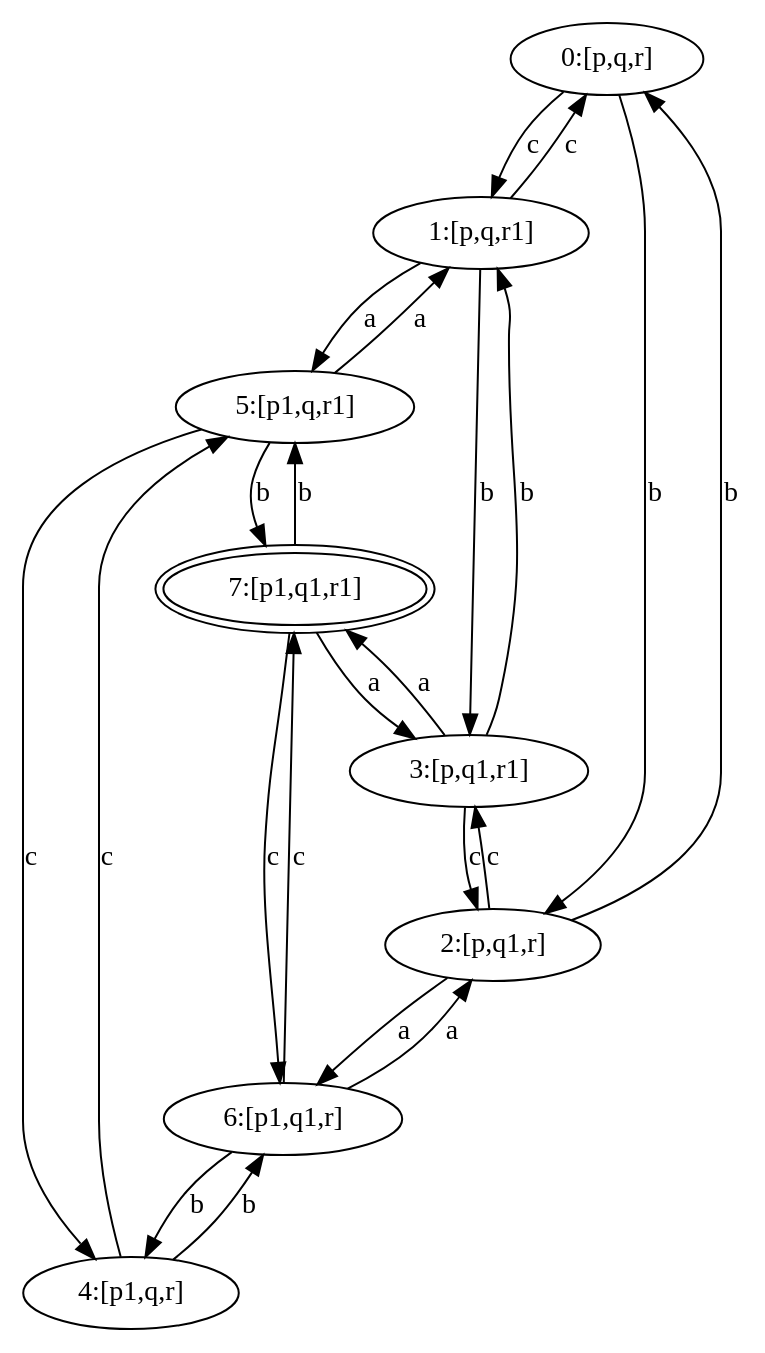
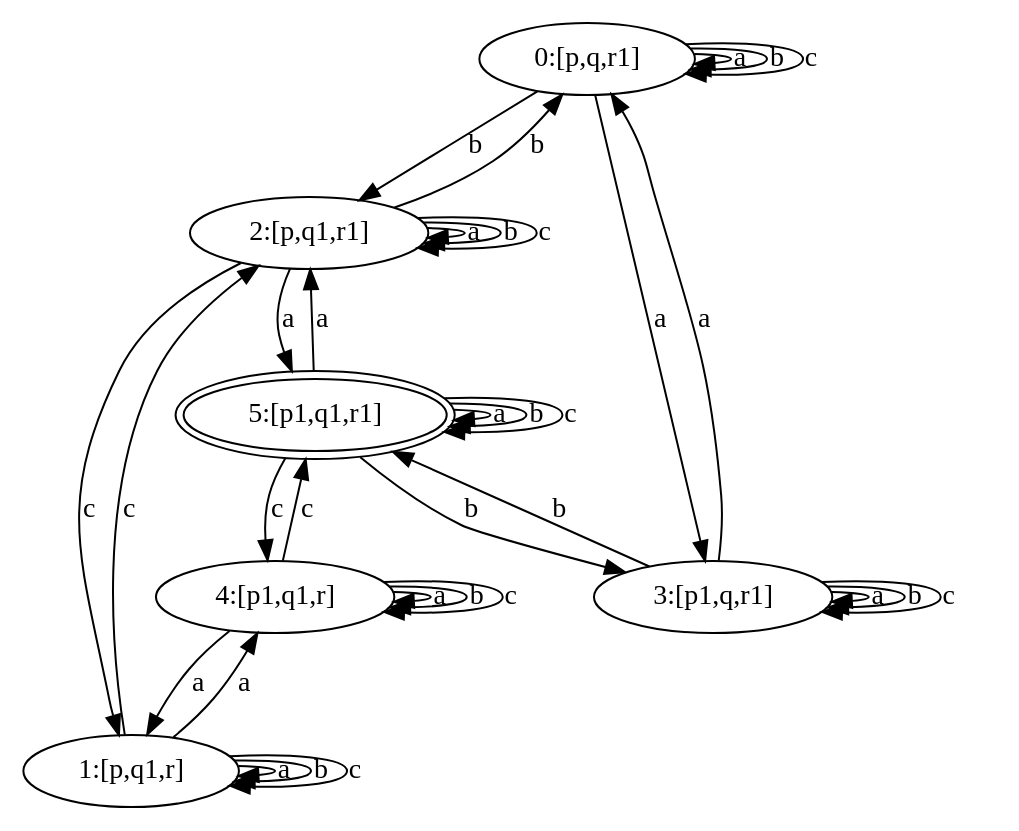
Before and after one commit to pghiraldelli/trabalhoLogProg: the diagram in pergunta1.dot, drawn with Graphviz. The commit also changed 10 other files, not shown here.

```diff
--- a/pergunta1.dot
+++ b/pergunta1.dot
@@ -1,1 +1,1 @@
-digraph G { 0[label ="0:[p,q,r]"] ; 1[label ="1:[p,q,r1]"] ; 2[label ="2:[p,q1,r]"] ; 3[label ="3:[p,q1,r1]"] ; 4[label ="4:[p1,q,r]"] ; 5[label ="5:[p1,q,r1]"] ; 6[label ="6:[p1,q1,r]"] ; 7[label ="7:[p1,q1,r1]",peripheries = 2] ; 0 -> 1 [label=c] ; 0 -> 2 [label=b] ; 1 -> 0 [label=c] ; 1 -> 3 [label=b] ; 1 -> 5 [label=a] ; 2 -> 0 [label=b] ; 2 -> 3 [label=c] ; 2 -> 6 [label=a] ; 3 -> 1 [label=b] ; 3 -> 2 [label=c] ; 3 -> 7 [label=a] ; 4 -> 5 [label=c] ; 4 -> 6 [label=b] ; 5 -> 1 [label=a] ; 5 -> 4 [label=c] ; 5 -> 7 [label=b] ; 6 -> 2 [label=a] ; 6 -> 4 [label=b] ; 6 -> 7 [label=c] ; 7 -> 3 [label=a] ; 7 -> 5 [label=b] ; 7 -> 6 [label=c] }
+digraph G { 0[label ="0:[p,q,r1]"] ; 1[label ="1:[p,q1,r]"] ; 2[label ="2:[p,q1,r1]"] ; 3[label ="3:[p1,q,r1]"] ; 4[label ="4:[p1,q1,r]"] ; 5[label ="5:[p1,q1,r1]",peripheries = 2] ; 0 -> 0 [label=a] ; 0 -> 0 [label=b] ; 0 -> 0 [label=c] ; 0 -> 2 [label=b] ; 0 -> 3 [label=a] ; 1 -> 1 [label=a] ; 1 -> 1 [label=b] ; 1 -> 1 [label=c] ; 1 -> 2 [label=c] ; 1 -> 4 [label=a] ; 2 -> 0 [label=b] ; 2 -> 1 [label=c] ; 2 -> 2 [label=a] ; 2 -> 2 [label=b] ; 2 -> 2 [label=c] ; 2 -> 5 [label=a] ; 3 -> 0 [label=a] ; 3 -> 3 [label=a] ; 3 -> 3 [label=b] ; 3 -> 3 [label=c] ; 3 -> 5 [label=b] ; 4 -> 1 [label=a] ; 4 -> 4 [label=a] ; 4 -> 4 [label=b] ; 4 -> 4 [label=c] ; 4 -> 5 [label=c] ; 5 -> 2 [label=a] ; 5 -> 3 [label=b] ; 5 -> 4 [label=c] ; 5 -> 5 [label=a] ; 5 -> 5 [label=b] ; 5 -> 5 [label=c] }
```
